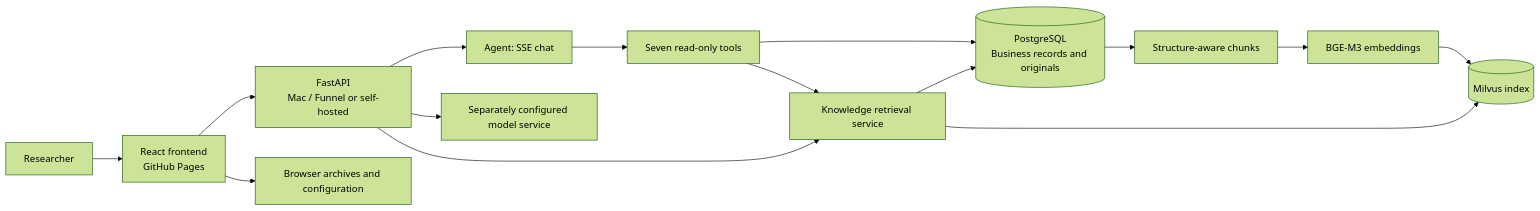
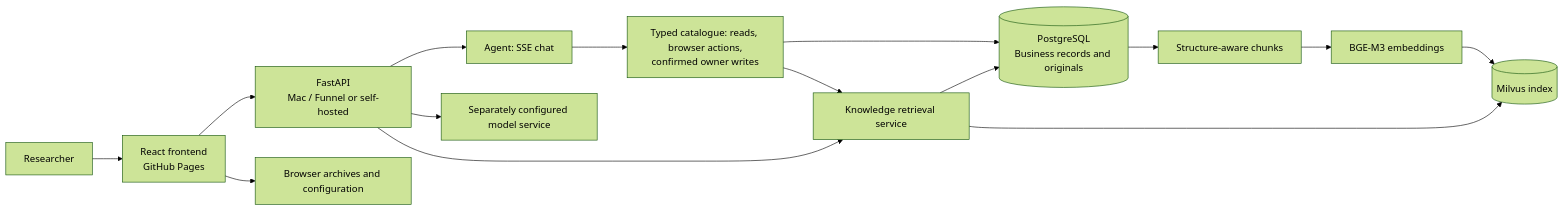
One commit to wp1461772181-glitch/market-evidence-agent changed the diagram in README.en.md. Above: the diagram before and after it, drawn with Mermaid (forest theme). The commit also changed other lines of this file and 12 other files, not shown here.

````diff
--- a/README.en.md
+++ b/README.en.md
@@ -72,17 +72,17 @@
 ```mermaid
 flowchart LR
   U[Researcher] --> FE[React frontend<br/>GitHub Pages]
   FE --> API[FastAPI<br/>Mac / Funnel or self-hosted]
   API --> AG[Agent: SSE chat]
-  AG --> T[Seven read-only tools]
+  AG --> T[Typed catalogue: reads, browser actions,<br/>confirmed owner writes]
   T --> PG[(PostgreSQL<br/>Business records and originals)]
   T --> KB[Knowledge retrieval service]
   API --> KB
   PG --> CH[Structure-aware chunks]
   CH --> EMB[BGE-M3 embeddings]
   EMB --> MV[(Milvus index)]
   KB --> PG
   KB --> MV
   API --> LLM[Separately configured model service]
   FE --> LOCAL[Browser archives and configuration]
 ```
````
